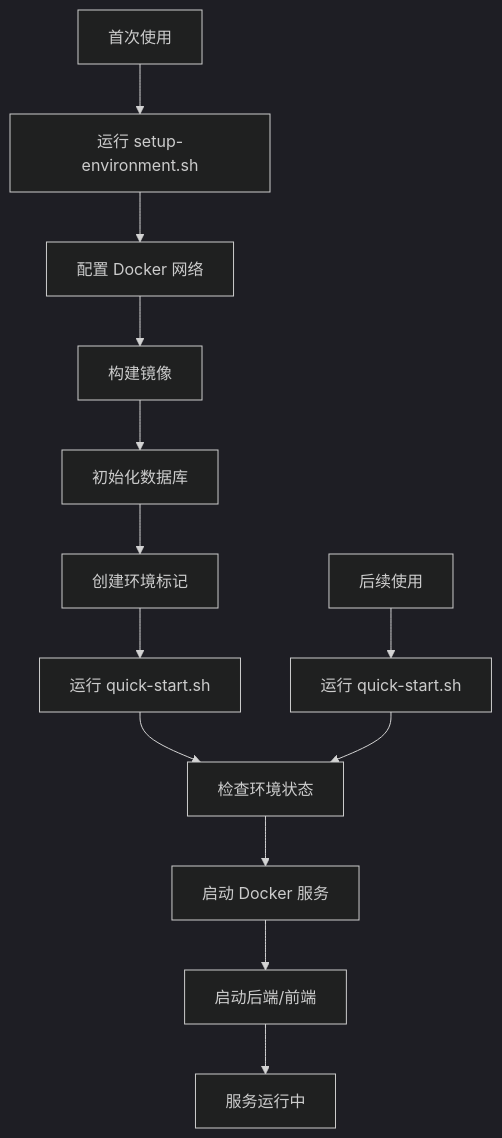
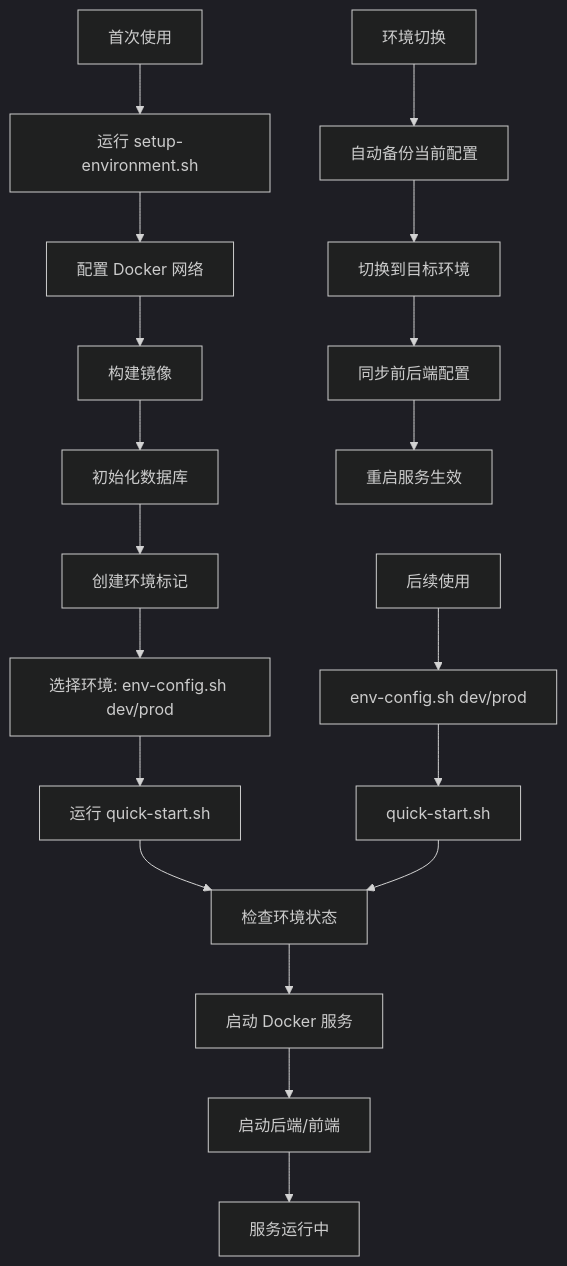
Before and after one commit to JolluChen/ZTZT: the diagram in minimal-example/README.md, drawn with Mermaid (dark theme). The commit also changed other lines of this file and 4 other files, not shown here.

````diff
--- a/minimal-example/README.md
+++ b/minimal-example/README.md
@@ -110,16 +132,23 @@
 ```mermaid
 graph TD
     A[首次使用] --> B[运行 setup-environment.sh]
     B --> C[配置 Docker 网络]
     C --> D[构建镜像]
     D --> E[初始化数据库]
     E --> F[创建环境标记]
-    F --> G[运行 quick-start.sh]
-    G --> H[检查环境状态]
-    H --> I[启动 Docker 服务]
-    I --> J[启动后端/前端]
-    J --> K[服务运行中]
+    F --> G[选择环境: env-config.sh dev/prod]
+    G --> H[运行 quick-start.sh]
+    H --> I[检查环境状态]
+    I --> J[启动 Docker 服务]
+    J --> K[启动后端/前端]
+    K --> L[服务运行中]
     
-    L[后续使用] --> M[运行 quick-start.sh]
-    M --> H
+    M[后续使用] --> N[env-config.sh dev/prod]
+    N --> O[quick-start.sh]
+    O --> I
+    
+    P[环境切换] --> Q[自动备份当前配置]
+    Q --> R[切换到目标环境]
+    R --> S[同步前后端配置]
+    S --> T[重启服务生效]
 ```
````
